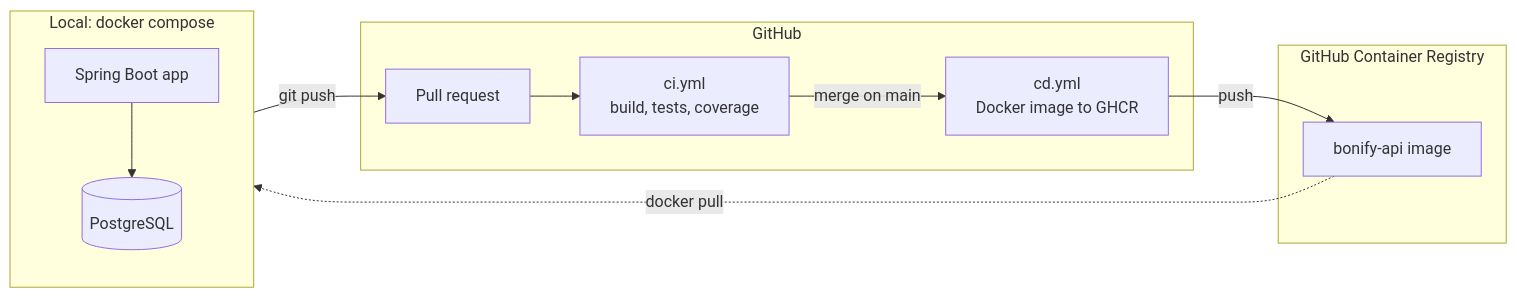
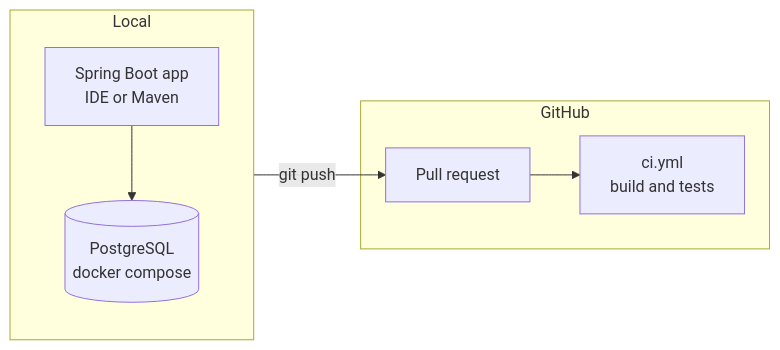
One commit to antonio-scognamiglio/bonify-api changed the first of 2 diagrams in README.md. Above: the diagram before and after it, drawn with Mermaid. The commit also changed other lines of this file and 1 other file, not shown here.

````diff
--- a/README.md
+++ b/README.md
@@ -80,19 +77,12 @@
 ```mermaid
 flowchart LR
-    subgraph Local["Local: docker compose"]
-        APP_L[Spring Boot app] --> DB_L[(PostgreSQL)]
+    subgraph Local
+        APP_L[Spring Boot app<br/>IDE or Maven] --> DB_L[(PostgreSQL<br/>docker compose)]
     end
 
     subgraph GitHub
-        PR[Pull request] --> CI[ci.yml<br/>build, tests, coverage]
-        CI -- merge on main --> CD[cd.yml<br/>Docker image to GHCR]
-    end
-
-    subgraph Registry["GitHub Container Registry"]
-        IMG[bonify-api image]
+        PR[Pull request] --> CI[ci.yml<br/>build and tests]
     end
 
     Local -- git push --> PR
-    CD -- push --> IMG
-    IMG -. docker pull .-> Local
 ```
````
